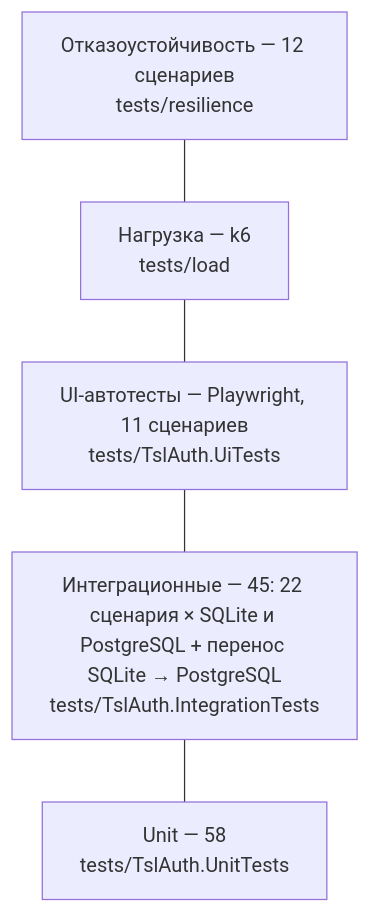
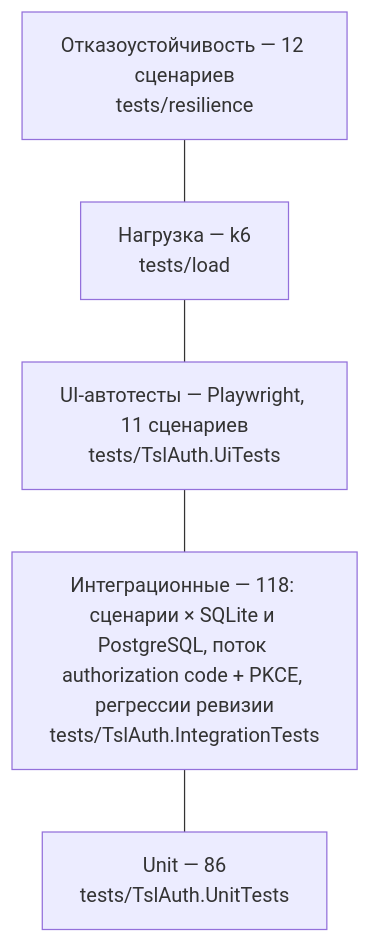
One commit to akprof2000/tsl-auth changed the diagram in docs/testing.md. Above: the diagram before and after it, drawn with Mermaid. The commit also changed other lines of this file and 5 other files, not shown here.

````diff
--- a/docs/testing.md
+++ b/docs/testing.md
@@ -3,9 +3,9 @@
 ```mermaid
 flowchart TB
     R["Отказоустойчивость — 12 сценариев<br/>tests/resilience"]
     L["Нагрузка — k6<br/>tests/load"]
     UI["UI-автотесты — Playwright, 11 сценариев<br/>tests/TslAuth.UiTests"]
-    I["Интеграционные — 45: 22 сценария × SQLite и PostgreSQL + перенос SQLite → PostgreSQL<br/>tests/TslAuth.IntegrationTests"]
-    U["Unit — 58<br/>tests/TslAuth.UnitTests"]
+    I["Интеграционные — 118: сценарии × SQLite и PostgreSQL, поток authorization code + PKCE, регрессии ревизии<br/>tests/TslAuth.IntegrationTests"]
+    U["Unit — 86<br/>tests/TslAuth.UnitTests"]
     R --- L --- UI --- I --- U
 ```
````
